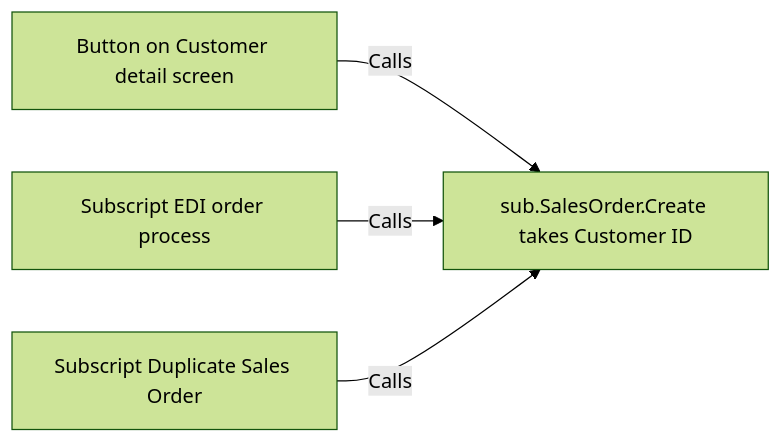
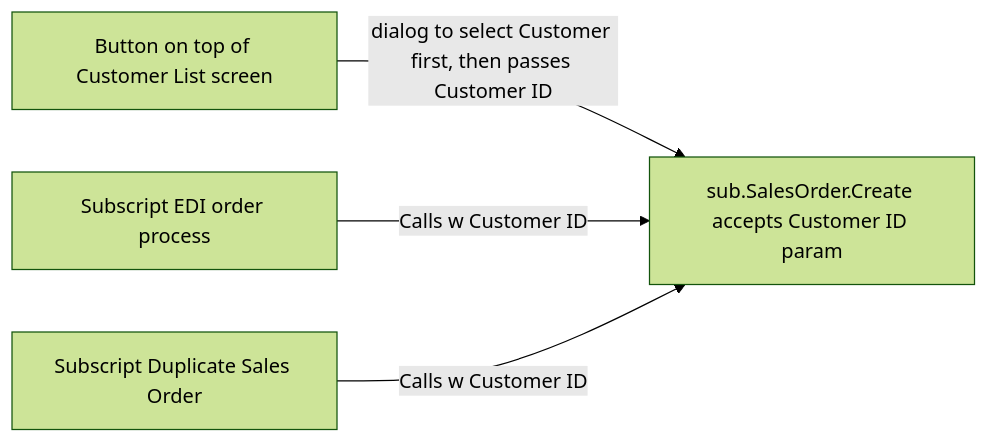
One commit to CloudChi/FX-Framework changed the diagram in Script_Folders_Module.md. Above: the diagram before and after it, drawn with Mermaid (forest theme).

````diff
--- a/Script_Folders_Module.md
+++ b/Script_Folders_Module.md
@@ -49,6 +49,6 @@
 ```mermaid
 graph LR
-  A[Button on Customer detail screen] -- Calls --> F[sub.SalesOrder.Create takes Customer ID] 
-  B[Subscript EDI order process] -- Calls --> F
-  C[Subscript Duplicate Sales Order] -- Calls --> F
+  A[Button on top of Customer List screen] -- dialog to select Customer first, then passes Customer ID --> F[sub.SalesOrder.Create accepts Customer ID param] 
+  B[Subscript EDI order process] -- Calls w Customer ID --> F
+  C[Subscript Duplicate Sales Order] -- Calls w Customer ID --> F
 ```
````
